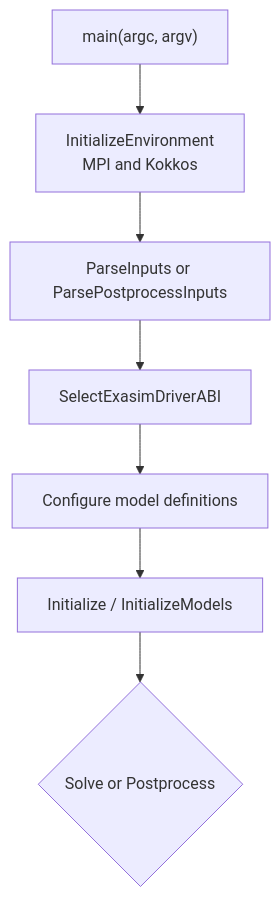
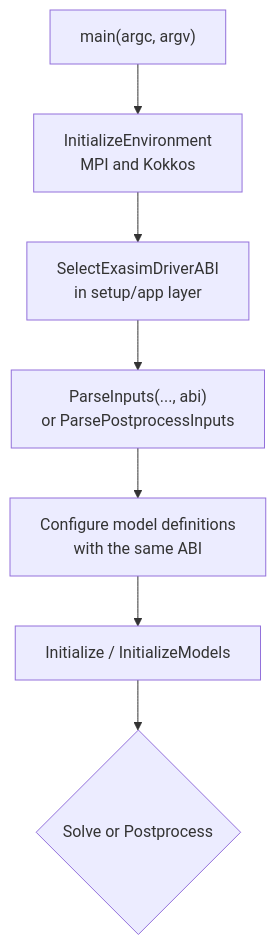
Before and after one commit to MIT-PSAAP-IV/Exasim: the first of 3 diagrams in docs/internals/runtime.md, drawn with Mermaid. The commit also changed other lines of this file and 10 other files, not shown here.

First line of the commit message:
Make ExasimSolver parsing provider-agnostic to be merged to master branch

````diff
--- a/docs/internals/runtime.md
+++ b/docs/internals/runtime.md
@@ -23,9 +23,9 @@
 ```mermaid
 flowchart TD
   MAIN["main(argc, argv)"] --> ENV["InitializeEnvironment<br/>MPI and Kokkos"]
-  ENV --> PARSE["ParseInputs or ParsePostprocessInputs"]
-  PARSE --> PROVIDER["SelectExasimDriverABI"]
-  PROVIDER --> MODEL["Configure model definitions"]
+  ENV --> PROVIDER["SelectExasimDriverABI<br/>in setup/app layer"]
+  PROVIDER --> PARSE["ParseInputs(..., abi)<br/>or ParsePostprocessInputs"]
+  PARSE --> MODEL["Configure model definitions<br/>with the same ABI"]
   MODEL --> INIT["Initialize / InitializeModels"]
   INIT --> MODE{"Solve or Postprocess"}
 ```
````
